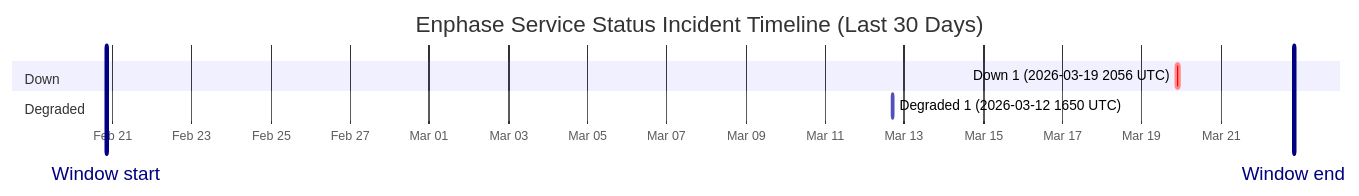
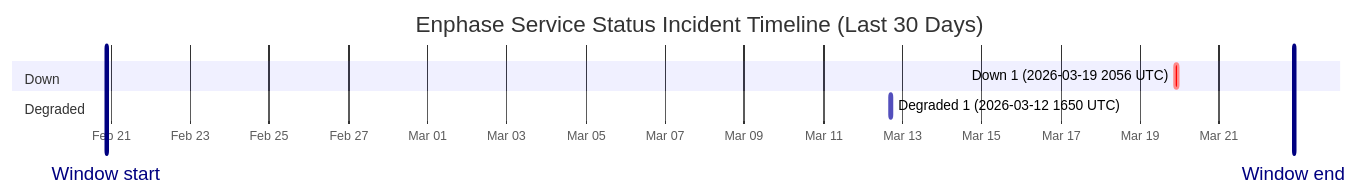
The diagram in wiki/Service-Status-History.md (barneyonline/ha-enphase-ev-charger), drawn with Mermaid before and after one commit. The commit also changed other lines of this file and 3 other files, not shown here.

````diff
--- a/wiki/Service-Status-History.md
+++ b/wiki/Service-Status-History.md
@@ -14,12 +14,12 @@
 ```mermaid
 gantt
     title Enphase Service Status Incident Timeline (Last 30 Days)
     dateFormat  YYYY-MM-DDTHH:mm:ss
     axisFormat  %b %d
-    Window start :vert, window-start, 2026-02-20T20:16:30, 0ms
-    Window end :vert, window-end, 2026-03-22T20:16:30, 0ms
+    Window start :vert, window-start, 2026-02-20T21:17:40, 0ms
+    Window end :vert, window-end, 2026-03-22T21:17:40, 0ms
     section Down
     Down 1 (2026-03-19 2056 UTC) :crit, down-1, 2026-03-19T20:56:20, 145m
     section Degraded
     Degraded 1 (2026-03-12 1650 UTC) :active, degraded-1, 2026-03-12T16:50:43, 60m
 ```
````
